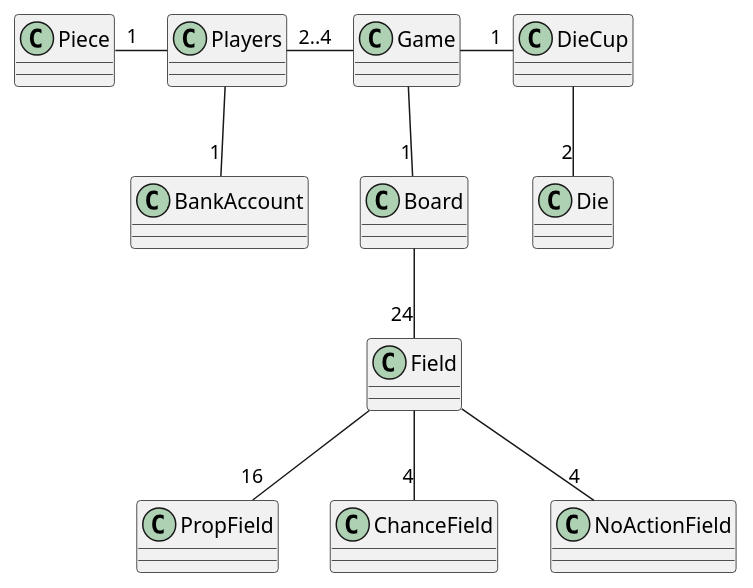
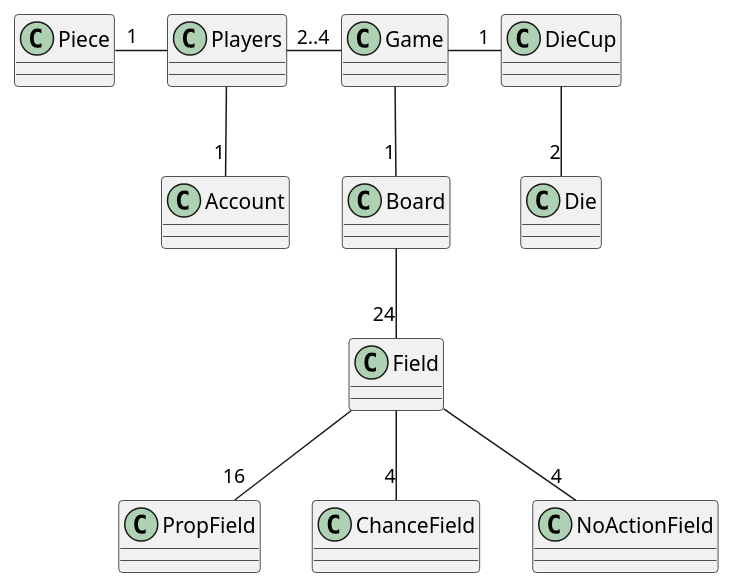
One commit to Jakob-SA/CDIO-3 changed the diagram in src/main/java/plantUML_diagrams/DomainClassDiagram.puml. Above: the diagram before and after it, drawn with PlantUML. The commit also changed 1 other file, not shown here.

Commit message:
DesignClassDiagram

```diff
--- a/src/main/java/plantUML_diagrams/DomainClassDiagram.puml
+++ b/src/main/java/plantUML_diagrams/DomainClassDiagram.puml
@@ -1,15 +1,15 @@
 @startuml
 'https://plantuml.com/class-diagram
 
 Players"2..4" - Game
 Piece"1" - Players
-Players -- "1"BankAccount
+Players -- "1"Account
 Game - "1"DieCup
 DieCup -- "2"Die
 Game -- "1"Board
 Board -- "24"Field
 Field -- "16"PropField
 Field -- "4"ChanceField
 Field -- "4"NoActionField
 
 @enduml
```
